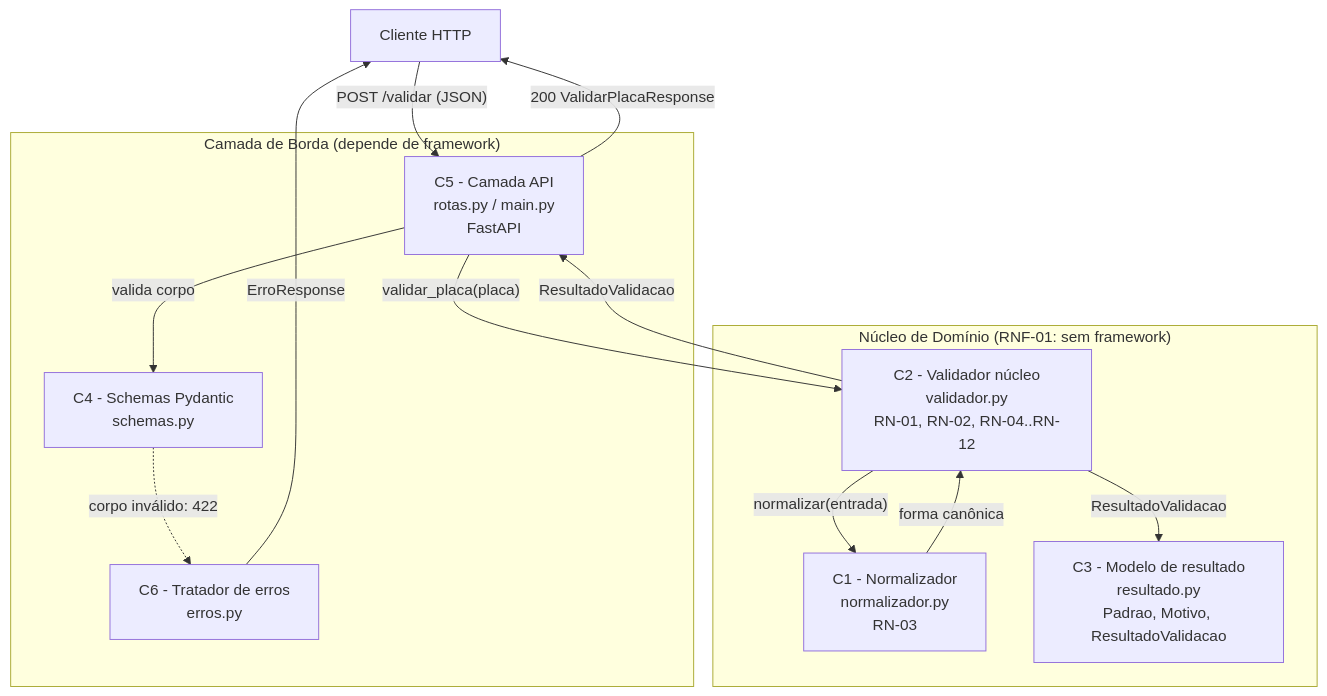
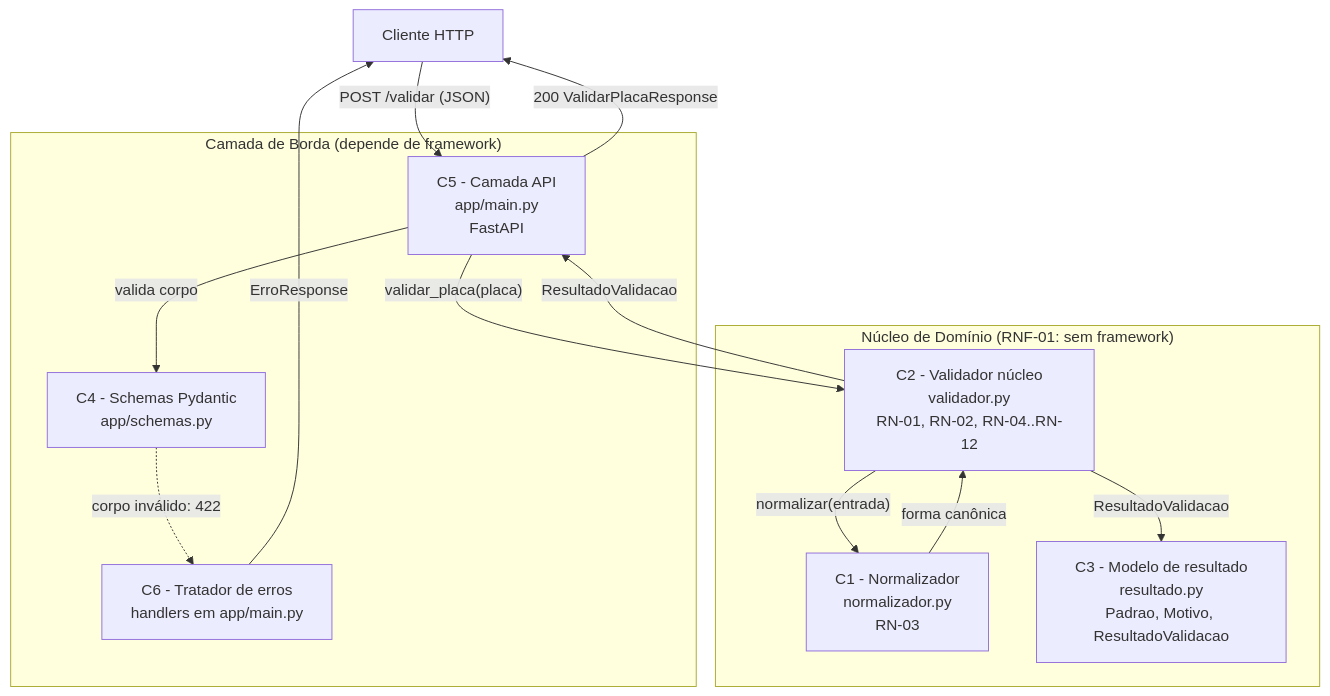
The first of 2 diagrams in docs/components.md (0GabrielF0/BootCamp3), drawn with Mermaid before and after one commit. The commit also changed other lines of this file and 2 other files, not shown here.

````diff
--- a/docs/components.md
+++ b/docs/components.md
@@ -176,29 +196,29 @@
 ```mermaid
 flowchart TD
     Cliente["Cliente HTTP"]
 
     subgraph Borda["Camada de Borda (depende de framework)"]
-        C5["C5 - Camada API<br/>rotas.py / main.py<br/>FastAPI"]
-        C4["C4 - Schemas Pydantic<br/>schemas.py"]
-        C6["C6 - Tratador de erros<br/>erros.py"]
+        C5["C5 - Camada API<br/>app/main.py<br/>FastAPI"]
+        C4["C4 - Schemas Pydantic<br/>app/schemas.py"]
+        C6["C6 - Tratador de erros<br/>handlers em app/main.py"]
     end
 
     subgraph Nucleo["Núcleo de Domínio (RNF-01: sem framework)"]
         C2["C2 - Validador núcleo<br/>validador.py<br/>RN-01, RN-02, RN-04..RN-12"]
         C1["C1 - Normalizador<br/>normalizador.py<br/>RN-03"]
         C3["C3 - Modelo de resultado<br/>resultado.py<br/>Padrao, Motivo, ResultadoValidacao"]
     end
 
     Cliente -->|"POST /validar (JSON)"| C5
     C5 -->|"valida corpo"| C4
     C4 -.->|"corpo inválido: 422"| C6
     C6 -->|"ErroResponse"| Cliente
     C5 -->|"validar_placa(placa)"| C2
     C2 -->|"normalizar(entrada)"| C1
     C1 -->|"forma canônica"| C2
     C2 -->|"ResultadoValidacao"| C3
     C2 -->|"ResultadoValidacao"| C5
     C5 -->|"200 ValidarPlacaResponse"| Cliente
 
     linkStyle default stroke-width:1px
 ```
````
